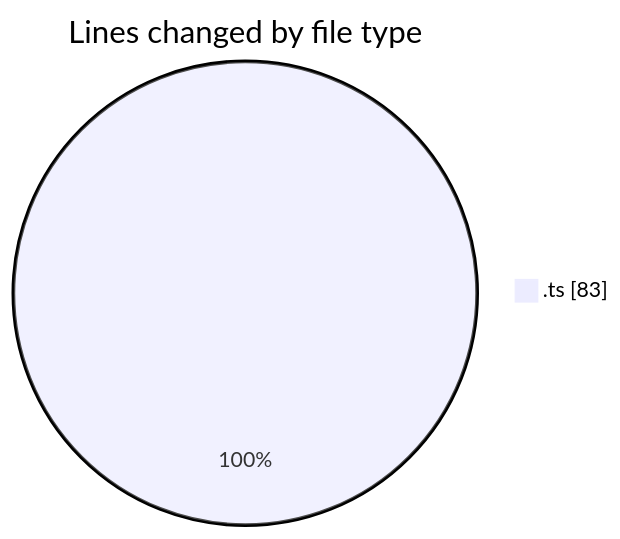
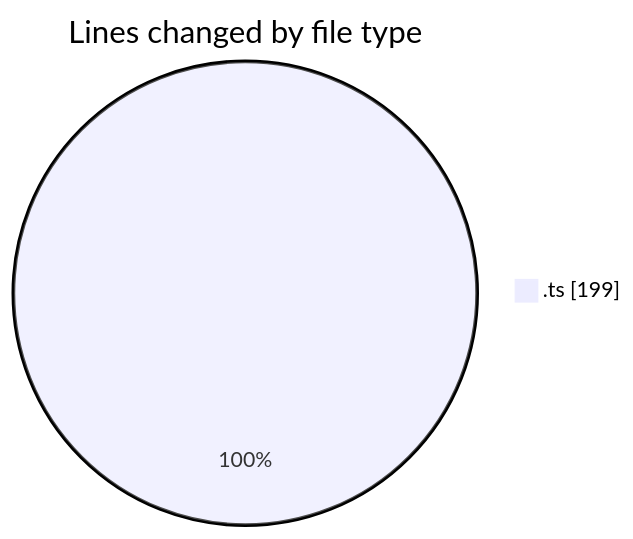
The first of 2 diagrams in 2025-08-18/claudecraft/README.md (EIIisD/code-tracking), drawn with Mermaid before and after one commit. The commit also changed other lines of this file and 1 other file, not shown here.

````diff
--- a/2025-08-18/claudecraft/README.md
+++ b/2025-08-18/claudecraft/README.md
@@ -20,5 +20,5 @@
 ```mermaid
 pie showData
 title Lines changed by file type
-".ts" : 83
+".ts" : 199
 ```
````
